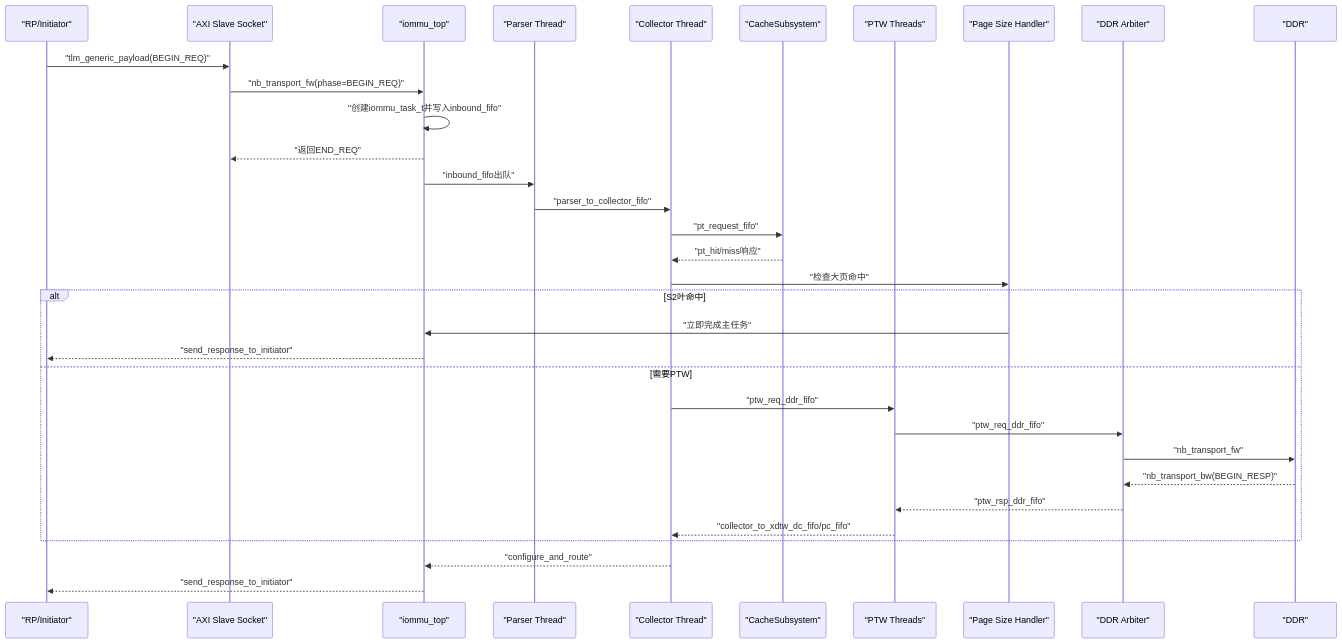
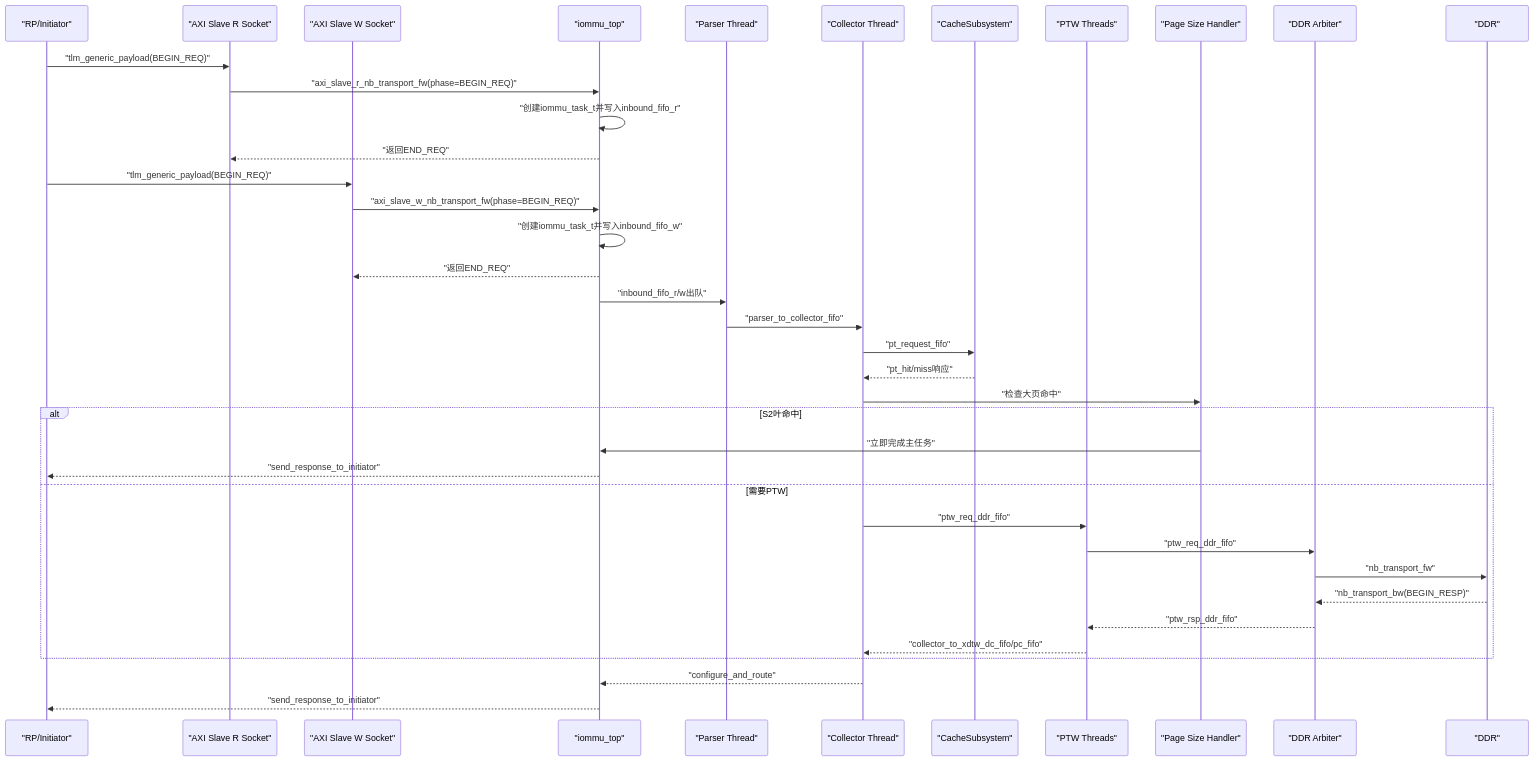
Before and after one commit to jiangjiang1122/iommu_model_20260401_v1: the second of 10 diagrams in .qoder/repowiki/zh/content/核心架构/顶层模块设计.md, drawn with Mermaid. The commit also changed other lines of this file and 55 other files, not shown here.

````diff
--- a/.qoder/repowiki/zh/content/核心架构/顶层模块设计.md
+++ b/.qoder/repowiki/zh/content/核心架构/顶层模块设计.md
@@ -125,35 +130,40 @@
 ```mermaid
 sequenceDiagram
 participant RP as "RP/Initiator"
-participant SL as "AXI Slave Socket"
+participant SL_R as "AXI Slave R Socket"
+participant SL_W as "AXI Slave W Socket"
 participant TOP as "iommu_top"
 participant PARSER as "Parser Thread"
 participant COL as "Collector Thread"
 participant CS as "CacheSubsystem"
 participant PTW as "PTW Threads"
 participant PAGE as "Page Size Handler"
 participant ARB as "DDR Arbiter"
 participant DDRI as "DDR"
-RP->>SL : "tlm_generic_payload(BEGIN_REQ)"
-SL->>TOP : "nb_transport_fw(phase=BEGIN_REQ)"
-TOP->>TOP : "创建iommu_task_t并写入inbound_fifo"
-TOP-->>SL : "返回END_REQ"
-TOP->>PARSER : "inbound_fifo出队"
+RP->>SL_R : "tlm_generic_payload(BEGIN_REQ)"
+SL_R->>TOP : "axi_slave_r_nb_transport_fw(phase=BEGIN_REQ)"
+TOP->>TOP : "创建iommu_task_t并写入inbound_fifo_r"
+TOP-->>SL_R : "返回END_REQ"
+RP->>SL_W : "tlm_generic_payload(BEGIN_REQ)"
+SL_W->>TOP : "axi_slave_w_nb_transport_fw(phase=BEGIN_REQ)"
+TOP->>TOP : "创建iommu_task_t并写入inbound_fifo_w"
+TOP-->>SL_W : "返回END_REQ"
+TOP->>PARSER : "inbound_fifo_r/w出队"
 PARSER->>COL : "parser_to_collector_fifo"
 COL->>CS : "pt_request_fifo"
 CS-->>COL : "pt_hit/miss响应"
 COL->>PAGE : "检查大页命中"
 alt S2叶命中
 PAGE->>TOP : "立即完成主任务"
 TOP-->>RP : "send_response_to_initiator"
 else 需要PTW
 COL->>PTW : "ptw_req_ddr_fifo"
 PTW->>ARB : "ptw_req_ddr_fifo"
 ARB->>DDRI : "nb_transport_fw"
 DDRI-->>ARB : "nb_transport_bw(BEGIN_RESP)"
 ARB-->>PTW : "ptw_rsp_ddr_fifo"
 PTW-->>COL : "collector_to_xdtw_dc_fifo/pc_fifo"
 end
 COL-->>TOP : "configure_and_route"
 TOP-->>RP : "send_response_to_initiator"
 ```
````
